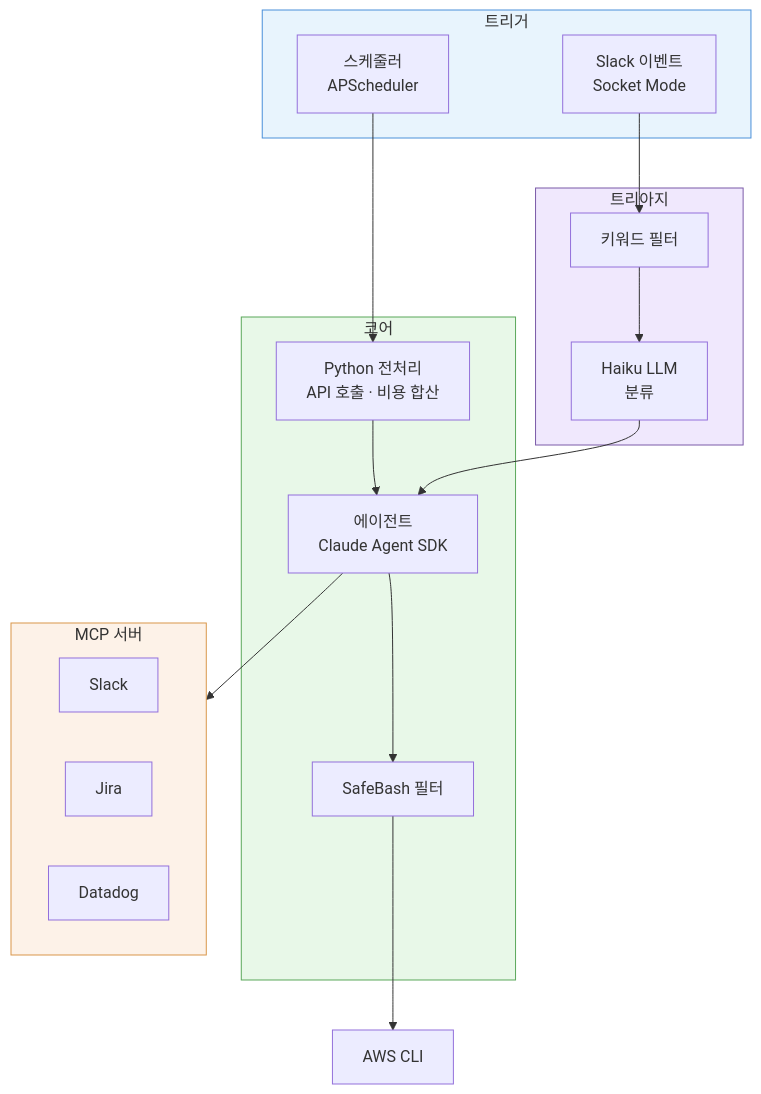
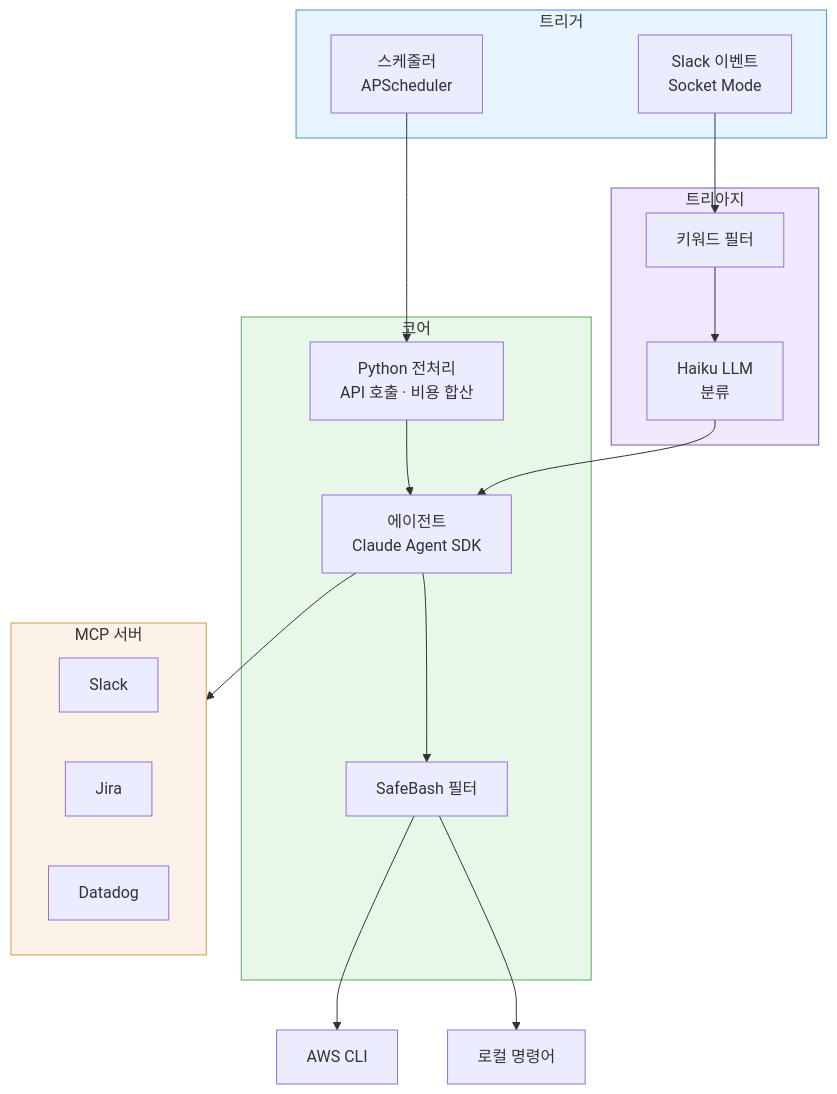
The diagram in content/ai/ai-infra-automation.md (kimduksoo/duksoo-tech-blog), drawn with Mermaid before and after one commit.

Commit message:
SafeBash 하위에 로컬 명령어 추가

````diff
--- a/content/ai/ai-infra-automation.md
+++ b/content/ai/ai-infra-automation.md
@@ -26,34 +26,35 @@
 ```mermaid
 flowchart TB
     subgraph 트리거
         Cron[스케줄러<br/>APScheduler]
         Event[Slack 이벤트<br/>Socket Mode]
     end
 
     subgraph 트리아지
         KW[키워드 필터]
         Haiku[Haiku LLM<br/>분류]
     end
 
     subgraph 코어
         Pre[Python 전처리<br/>API 호출 · 비용 합산]
         Agent[에이전트<br/>Claude Agent SDK]
         Safe[SafeBash 필터]
     end
 
     subgraph MCP[MCP 서버]
         S[Slack]
         J[Jira]
         D[Datadog]
     end
 
     Cron --> Pre --> Agent
     Event --> KW --> Haiku --> Agent
     Agent --> Safe --> AWS[AWS CLI]
+    Safe --> Local[로컬 명령어]
     Agent --> MCP
 
     style 트리거 fill:#e8f4fd,stroke:#4a90d9
     style 트리아지 fill:#f0e8fd,stroke:#7b5ba8
     style 코어 fill:#e8f8e8,stroke:#5ba85b
     style MCP fill:#fdf2e8,stroke:#d9964a
 ```
````
